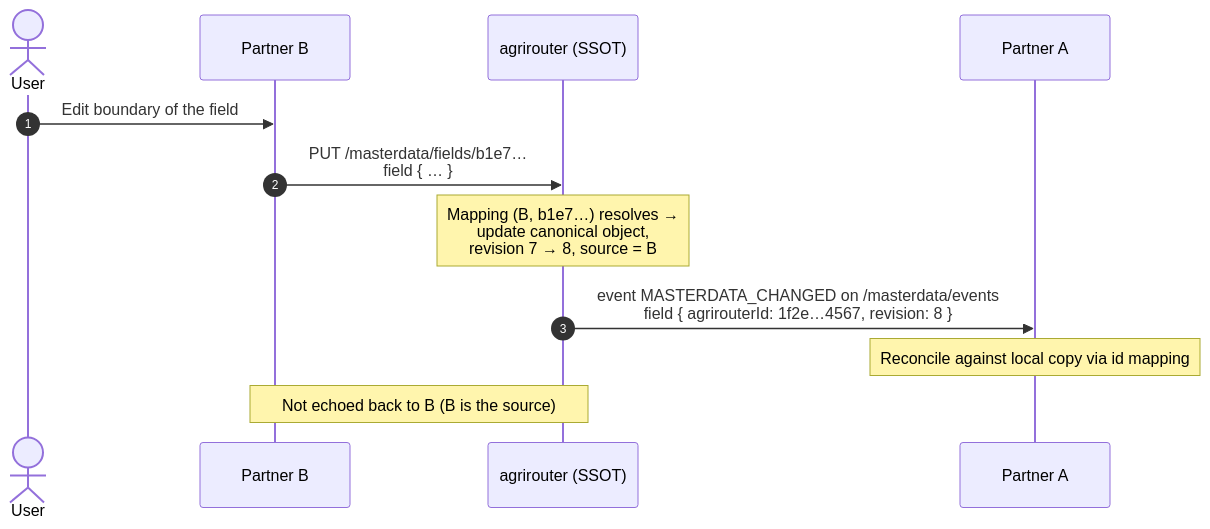
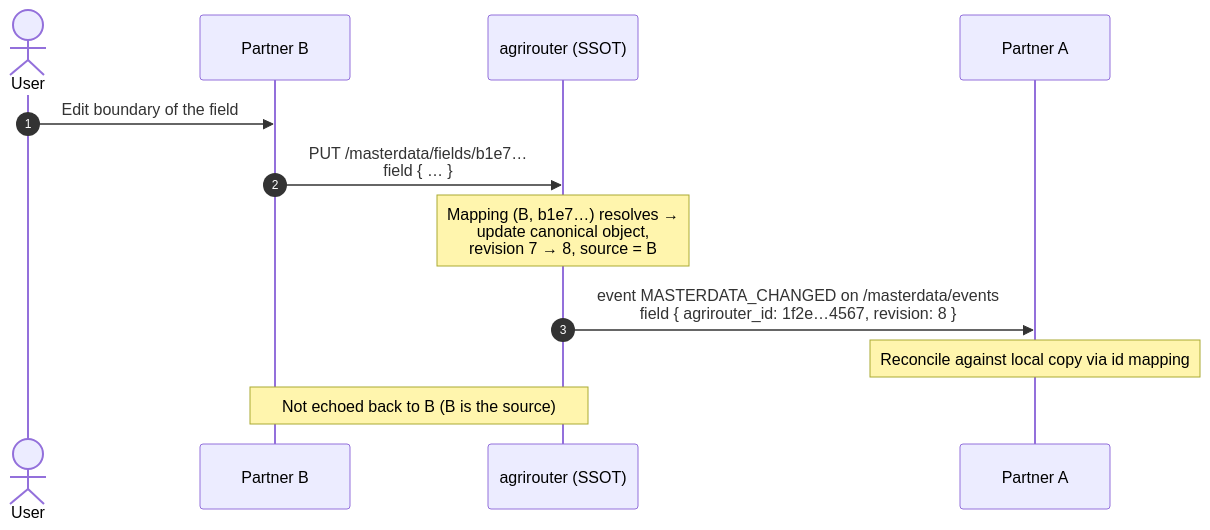
One commit to DKE-Data/masterdata-sync-working-group changed the third of 3 diagrams in architecture/01-reference-architecture.md. Above: the diagram before and after it, drawn with Mermaid. The commit also changed other lines of this file and 7 other files, not shown here.

````diff
--- a/architecture/01-reference-architecture.md
+++ b/architecture/01-reference-architecture.md
@@ -210,15 +210,15 @@
 ```mermaid
 sequenceDiagram
     autonumber
     actor U as User
     participant B as Partner B
     participant AR as agrirouter (SSOT)
     participant A as Partner A
 
     U->>B: Edit boundary of the field
     B->>AR: PUT /masterdata/fields/b1e7…<br/>field { … }
     Note over AR: Mapping (B, b1e7…) resolves →<br/>update canonical object,<br/>revision 7 → 8, source = B
-    AR->>A: event MASTERDATA_CHANGED on /masterdata/events<br/>field { agrirouterId: 1f2e…4567, revision: 8 }
+    AR->>A: event MASTERDATA_CHANGED on /masterdata/events<br/>field { agrirouter_id: 1f2e…4567, revision: 8 }
     Note over A: Reconcile against local copy via id mapping
     Note over AR,B: Not echoed back to B (B is the source)
 ```
````
